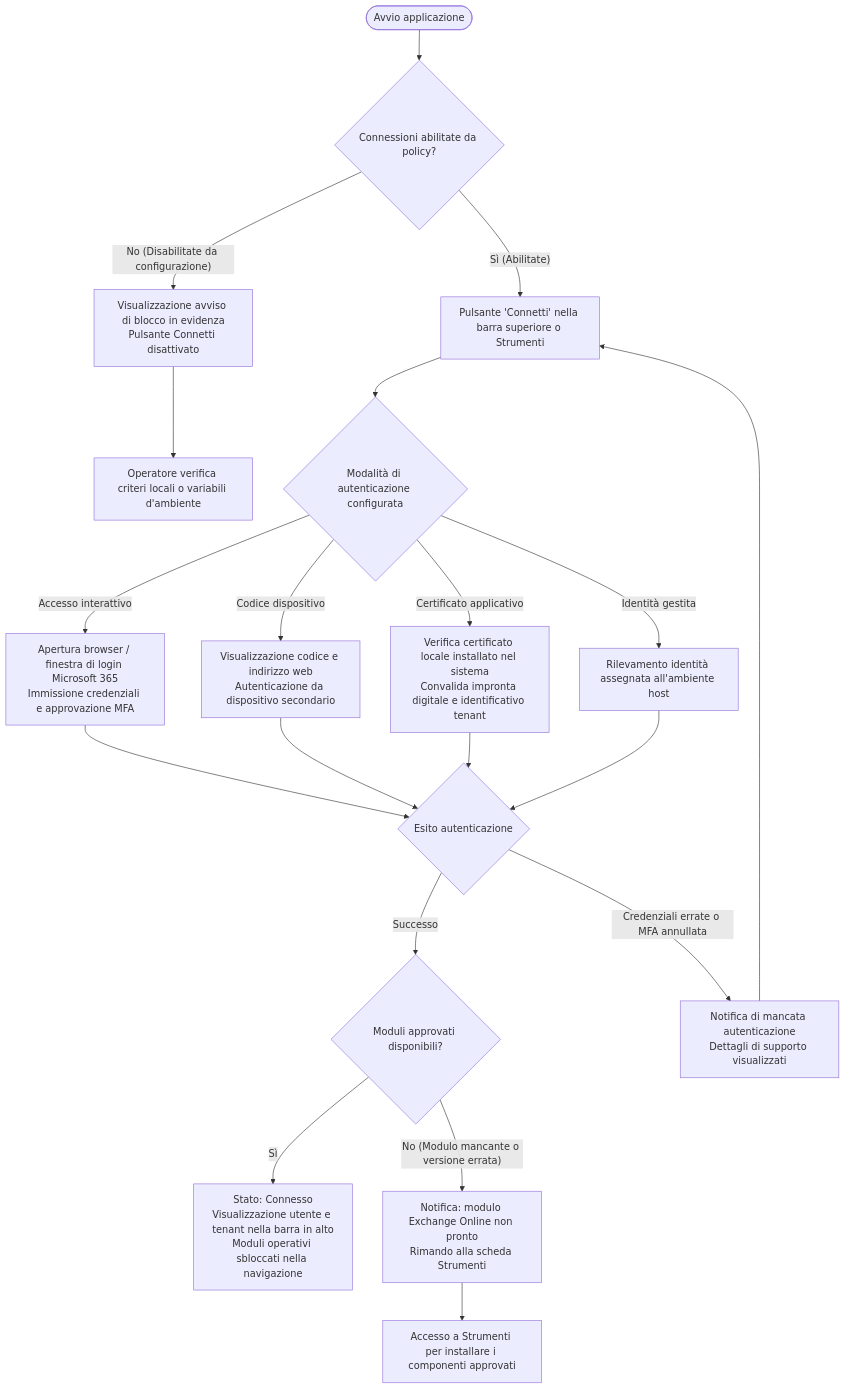
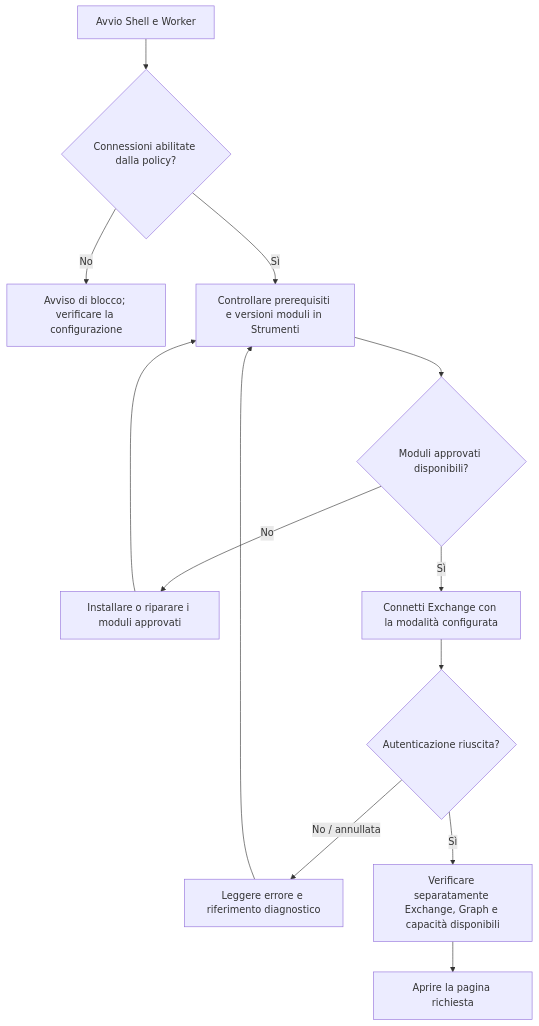
One commit to dennidalpos/OnlyExo365 changed the first of 8 diagrams in docs/operations/visual-guide.md. Above: the diagram before and after it, drawn with Mermaid. The commit also changed other lines of this file and 17 other files, not shown here.

````diff
--- a/docs/operations/visual-guide.md
+++ b/docs/operations/visual-guide.md
@@ -24,28 +20,15 @@
 ```mermaid
 flowchart TD
-    Start(["Avvio applicazione"]) --> CheckPolicy{"Connessioni abilitate da policy?"}
-    
-    CheckPolicy -->|"No (Disabilitate da configurazione)"| BlockedBanner["Visualizzazione avviso di blocco in evidenza<br/>Pulsante Connetti disattivato"]
-    BlockedBanner --> FixPolicy["Operatore verifica criteri locali o variabili d'ambiente"]
-    
-    CheckPolicy -->|"Sì (Abilitate)"| ClickConnect["Pulsante 'Connetti' nella barra superiore o Strumenti"]
-    ClickConnect --> ChooseAuth{"Modalità di autenticazione configurata"}
-    
-    ChooseAuth -->|"Accesso interattivo"| BrowserLogin["Apertura browser / finestra di login Microsoft 365<br/>Immissione credenziali e approvazione MFA"]
-    ChooseAuth -->|"Codice dispositivo"| DeviceCodeLogin["Visualizzazione codice e indirizzo web<br/>Autenticazione da dispositivo secondario"]
-    ChooseAuth -->|"Certificato applicativo"| CertLogin["Verifica certificato locale installato nel sistema<br/>Convalida impronta digitale e identificativo tenant"]
-    ChooseAuth -->|"Identità gestita"| ManagedIdLogin["Rilevamento identità assegnata all'ambiente host"]
-    
-    BrowserLogin --> ConnectOutcome{"Esito autenticazione"}
-    DeviceCodeLogin --> ConnectOutcome
-    CertLogin --> ConnectOutcome
-    ManagedIdLogin --> ConnectOutcome
-    
-    ConnectOutcome -->|"Successo"| CheckModules{"Moduli approvati disponibili?"}
-    ConnectOutcome -->|"Credenziali errate o MFA annullata"| LoginError["Notifica di mancata autenticazione<br/>Dettagli di supporto visualizzati"]
-    LoginError --> ClickConnect
-    
-    CheckModules -->|"Sì"| SessionActive["Stato: Connesso<br/>Visualizzazione utente e tenant nella barra in alto<br/>Moduli operativi sbloccati nella navigazione"]
-    CheckModules -->|"No (Modulo mancante o versione errata)"| ModuleError["Notifica: modulo Exchange Online non pronto<br/>Rimando alla scheda Strumenti"]
-    ModuleError --> OpenTools["Accesso a Strumenti per installare i componenti approvati"]
+    Start["Avvio Shell e Worker"] --> Policy{"Connessioni abilitate dalla policy?"}
+    Policy -->|"No"| Blocked["Avviso di blocco; verificare la configurazione"]
+    Policy -->|"Sì"| Tools["Controllare prerequisiti e versioni moduli in Strumenti"]
+    Tools --> Ready{"Moduli approvati disponibili?"}
+    Ready -->|"No"| Repair["Installare o riparare i moduli approvati"]
+    Repair --> Tools
+    Ready -->|"Sì"| Connect["Connetti Exchange con la modalità configurata"]
+    Connect --> Auth{"Autenticazione riuscita?"}
+    Auth -->|"No / annullata"| Error["Leggere errore e riferimento diagnostico"]
+    Error --> Tools
+    Auth -->|"Sì"| Status["Verificare separatamente Exchange, Graph e capacità disponibili"]
+    Status --> Page["Aprire la pagina richiesta"]
 ```
````
